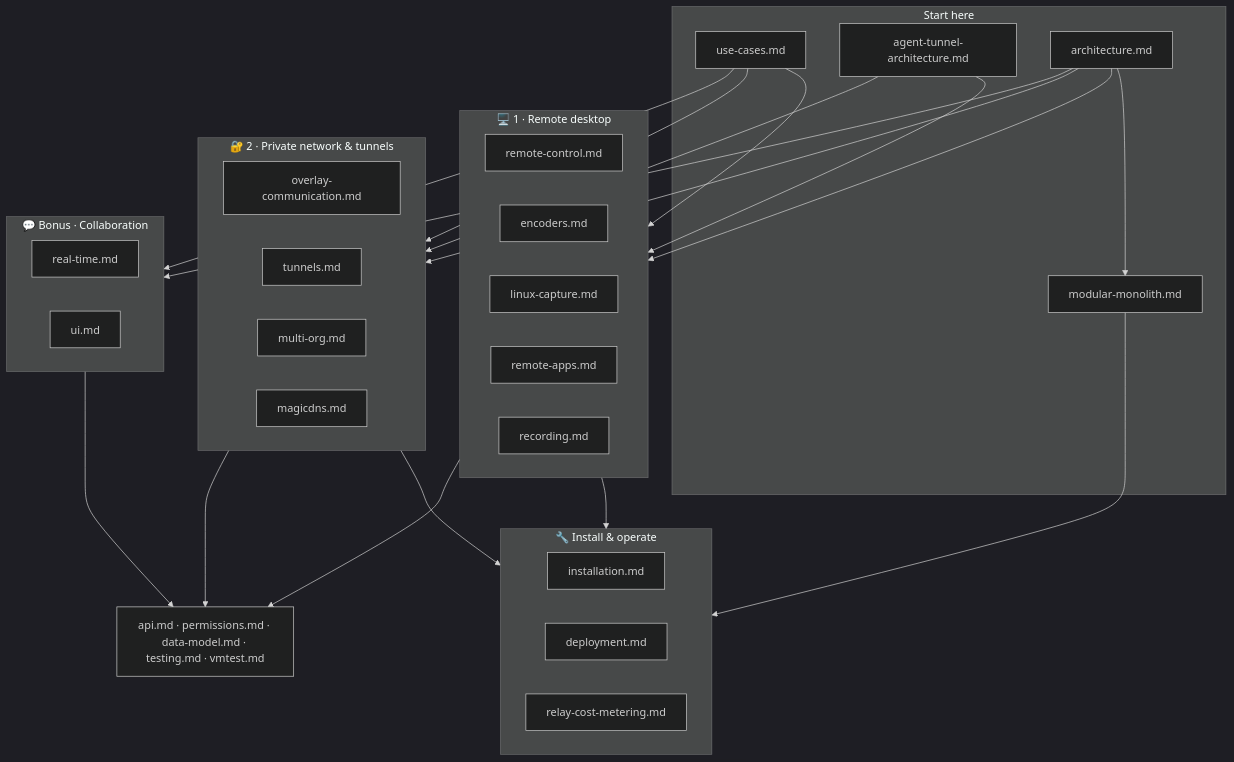
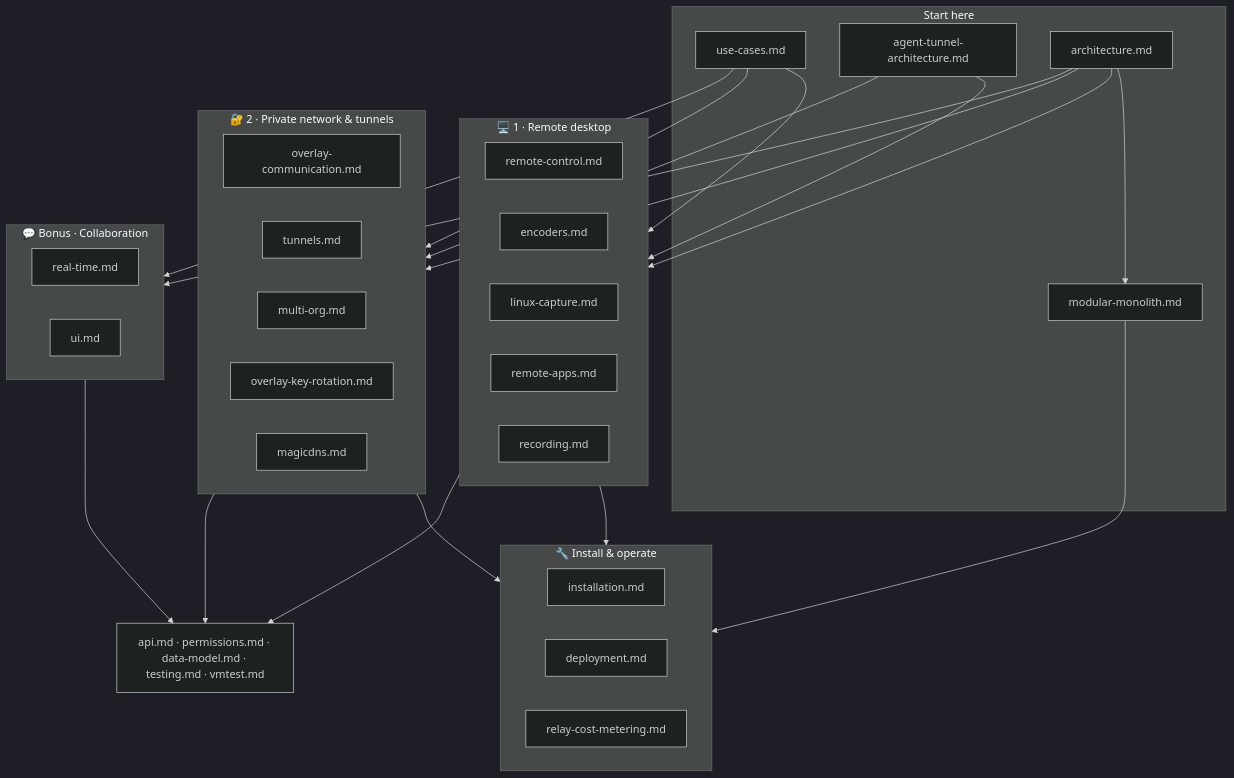
One commit to gjovanov/roomler-ai changed the diagram in docs/README.md. Above: the diagram before and after it, drawn with Mermaid (dark theme). The commit also changed other lines of this file and 8 other files, not shown here.

First line of the commit message:
docs(fr-40): the overlay-key-rotation page the close owes, and AC4/AC5/AC7 field-read on throwaway VMs

````diff
--- a/docs/README.md
+++ b/docs/README.md
@@ -24,45 +24,46 @@
 ```mermaid
 flowchart TB
     subgraph entry["Start here"]
         UC["use-cases.md"]
         ATA["agent-tunnel-architecture.md"]
         ARCH["architecture.md"]
         MM["modular-monolith.md"]
     end
 
     subgraph rd["🖥️ 1 · Remote desktop"]
         RC["remote-control.md"]
         ENC["encoders.md"]
         LCAP["linux-capture.md"]
         RAPP["remote-apps.md"]
         REC["recording.md"]
     end
 
     subgraph net["🔐 2 · Private network & tunnels"]
         OC["overlay-communication.md"]
         TUN["tunnels.md"]
         MO["multi-org.md"]
+        OKR["overlay-key-rotation.md"]
         MDNS["magicdns.md"]
     end
 
     subgraph collab["💬 Bonus · Collaboration"]
         RT["real-time.md"]
         UIX["ui.md"]
     end
 
     subgraph ops["🔧 Install & operate"]
         INST["installation.md"]
         DEP["deployment.md"]
         RCM["relay-cost-metering.md"]
     end
 
     REF["api.md · permissions.md · data-model.md · testing.md · vmtest.md"]
 
     UC --> rd & net & collab
     ATA --> rd & net
     ARCH --> rd & net & collab
     ARCH --> MM
     MM --> ops
     rd & net --> ops
     rd & net & collab --> REF
 ```
````
